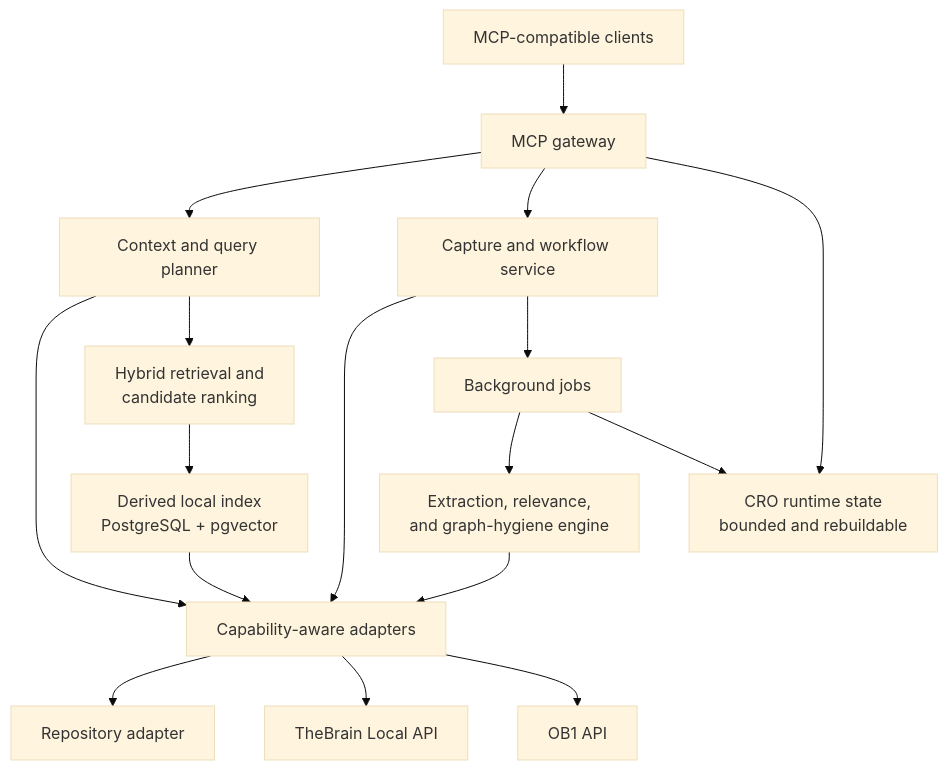
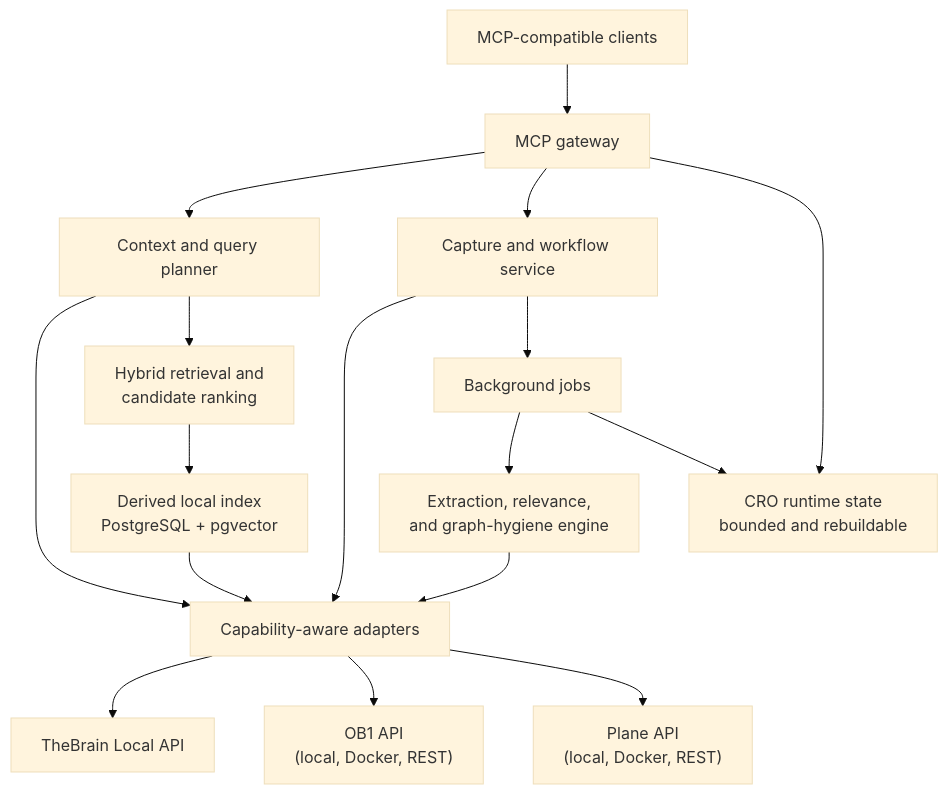
Before and after one commit to KeithBarrows/Cognitive-Research-Orchestrator: the second of 5 diagrams in docs/README.md, drawn with Mermaid (base theme). The commit also changed other lines of this file and 20 other files, not shown here.

First line of the commit message:
📐 Enforce no-direct-repo-read rule across architecture docs; add dev overview

````diff
--- a/docs/README.md
+++ b/docs/README.md
@@ -168,19 +166,19 @@
 ```mermaid
 flowchart TB
     C["MCP-compatible clients"] --> G["MCP gateway"]
     G --> Q["Context and query planner"]
     G --> W["Capture and workflow service"]
     Q --> A["Capability-aware adapters"]
     W --> A
     Q --> H["Hybrid retrieval and<br/>candidate ranking"]
     H --> I["Derived local index<br/>PostgreSQL + pgvector"]
     I --> A
-    A --> R["Repository adapter"]
     A --> T["TheBrain Local API"]
-    A --> O["OB1 API"]
+    A --> O["OB1 API<br/>(local, Docker, REST)"]
+    A --> PL["Plane API<br/>(local, Docker, REST)"]
     W --> J["Background jobs"]
     J --> E["Extraction, relevance,<br/>and graph-hygiene engine"]
     E --> A
     G --> D["CRO runtime state<br/>bounded and rebuildable"]
     J --> D
 ```
````
